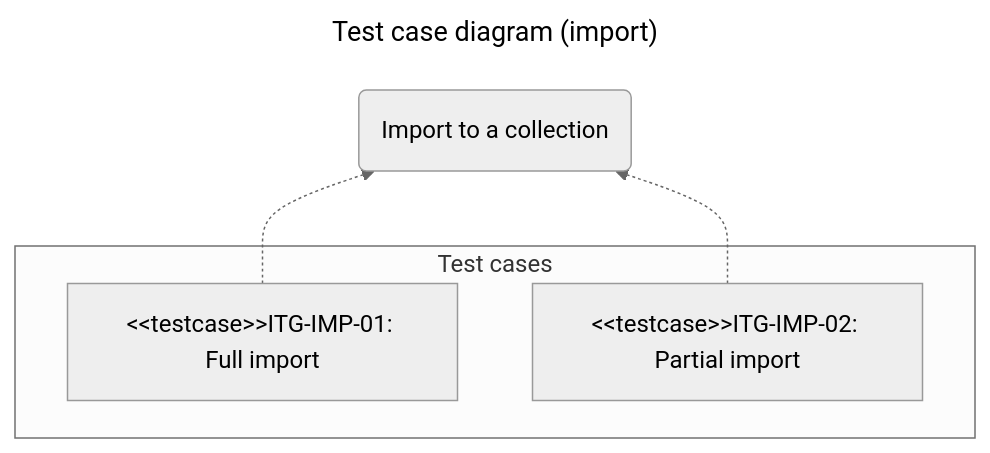
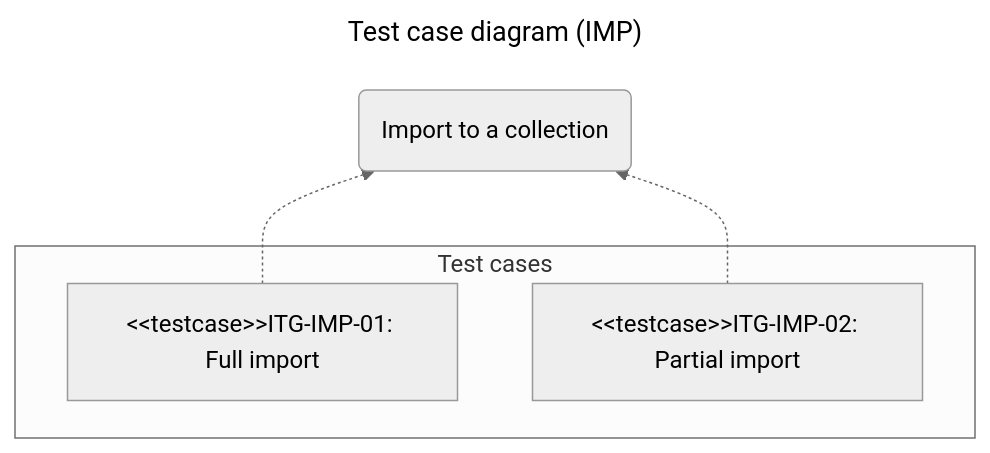
Before and after one commit to chromiodev/chromie-tool: the third of 4 diagrams in docs/spec/tests/integration.en.md, drawn with Mermaid (neutral theme). The commit also changed other lines of this file and 8 other files, not shown here.

````diff
--- a/docs/spec/tests/integration.en.md
+++ b/docs/spec/tests/integration.en.md
@@ -151,18 +151,18 @@
 ```mermaid
 ---
-title: Test case diagram (import)
+title: Test case diagram (IMP)
 config:
 ---
 
 graph BT
   %% use cases
   importColl@{ shape: "rounded", label: "Import to a collection" }
 
   subgraph "Test cases"
     importFullColl@{ scope="rounded", label: "#lt;#lt;testcase>>ITG-IMP-01: Full import" }
     importPartialColl@{ scope="rounded", label: "#lt;#lt;testcase>>ITG-IMP-02: Partial import" }
   end
 
   importFullColl -.-> importColl
   importPartialColl -.-> importColl
 ```
````
